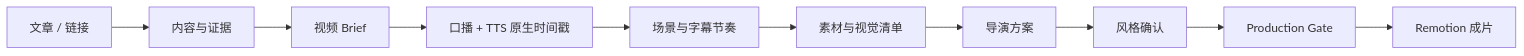
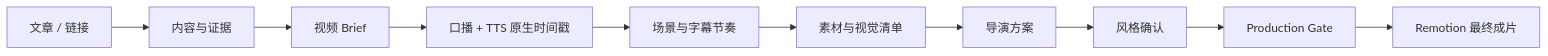
Before and after one commit to zimika0520/Zimika-Video-Flow: the diagram in plugins/shin-video/README.md, drawn with Mermaid. The commit also changed other lines of this file and 57 other files, not shown here.

````diff
--- a/plugins/shin-video/README.md
+++ b/plugins/shin-video/README.md
@@ -7,12 +7,12 @@
 ```mermaid
 flowchart LR
   A["文章 / 链接"] --> B["内容与证据"]
   B --> C["视频 Brief"]
   C --> D["口播 + TTS 原生时间戳"]
   D --> E["场景与字幕节奏"]
   E --> F["素材与视觉清单"]
   F --> G["导演方案"]
   G --> H["风格确认"]
   H --> I["Production Gate"]
-  I --> J["Remotion 成片"]
+  I --> J["Remotion 最终成片"]
 ```
````
